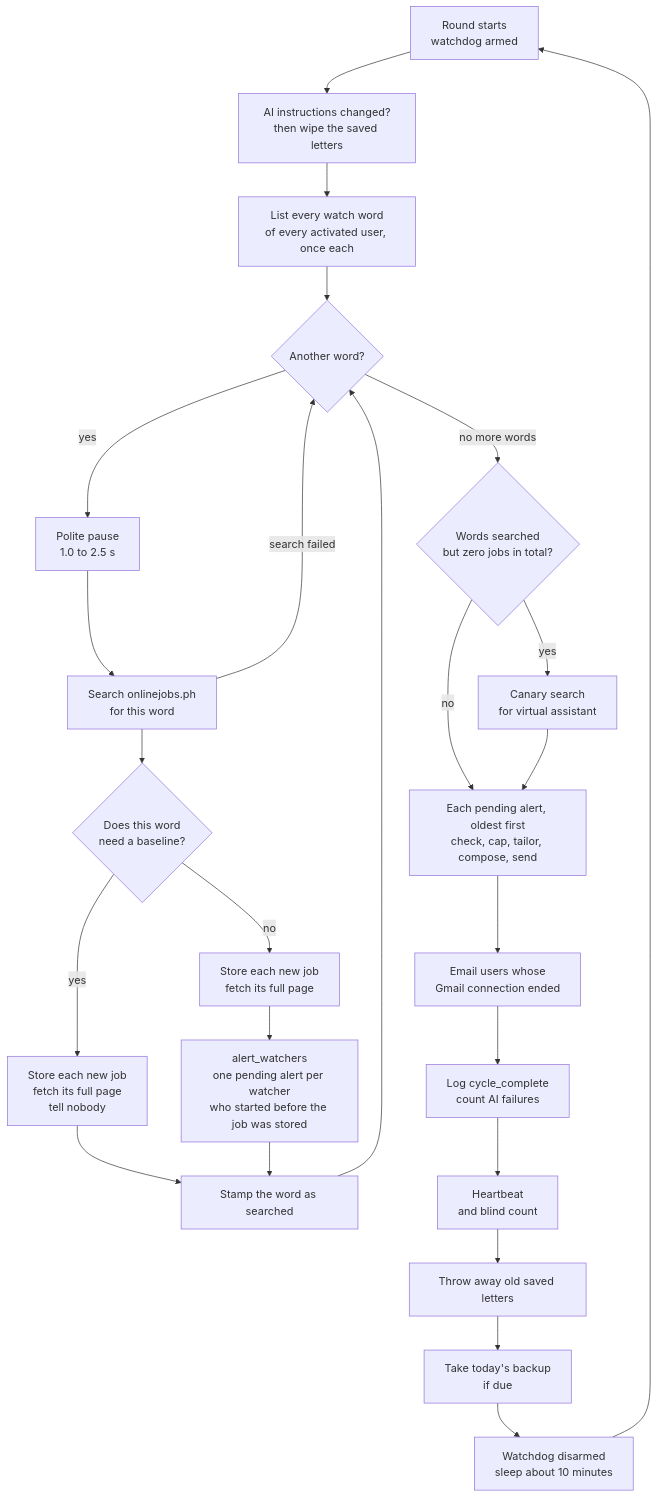
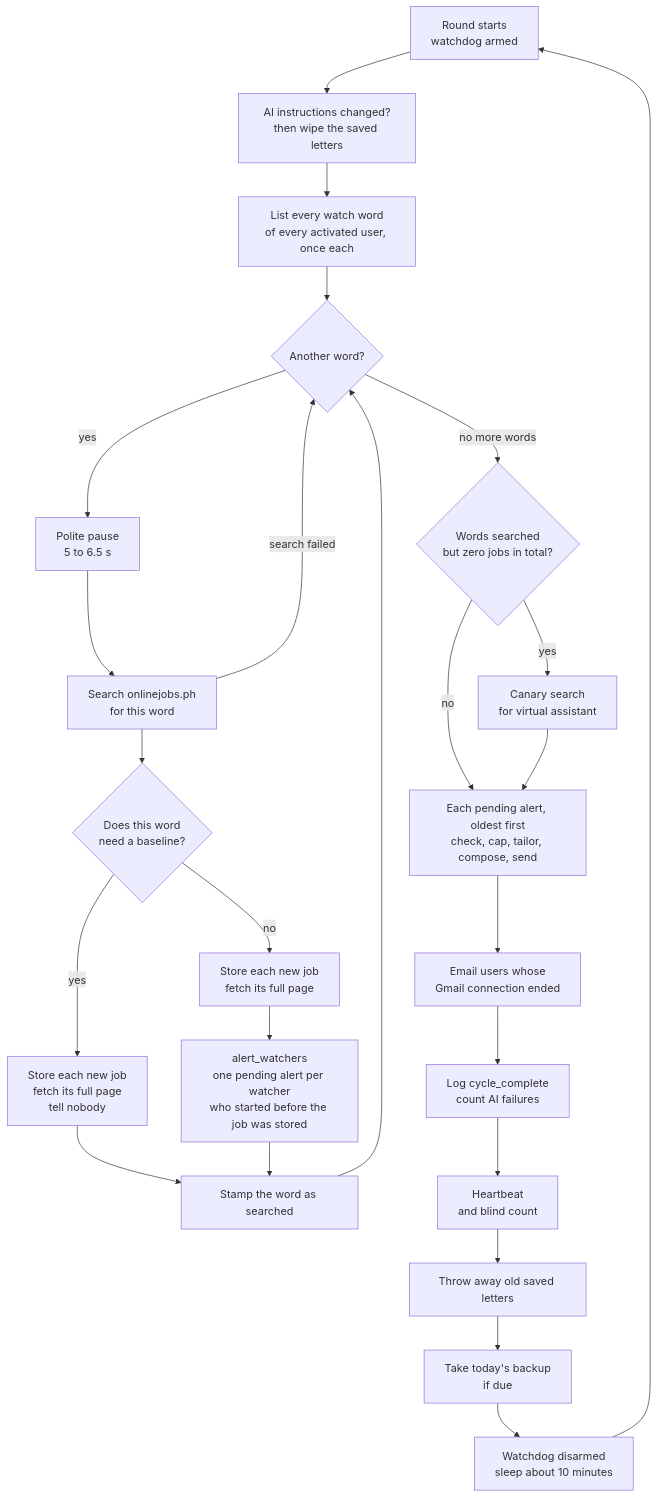
One commit to OmharRegidor/ApplyFirst changed the fifth of 11 diagrams in docs/PROJECT-GUIDE.md. Above: the diagram before and after it, drawn with Mermaid. The commit also changed other lines of this file and 5 other files, not shown here.

````diff
--- a/docs/PROJECT-GUIDE.md
+++ b/docs/PROJECT-GUIDE.md
@@ -556,27 +556,27 @@
 ```mermaid
 flowchart TD
     S["Round starts<br/>watchdog armed"] --> P["AI instructions changed?<br/>then wipe the saved letters"]
     P --> W["List every watch word<br/>of every activated user, once each"]
     W --> N{"Another word?"}
-    N -->|yes| G["Polite pause<br/>1.0 to 2.5 s"]
+    N -->|yes| G["Polite pause<br/>5 to 6.5 s"]
     G --> Q["Search onlinejobs.ph<br/>for this word"]
     Q -->|"search failed"| N
     Q --> B{"Does this word<br/>need a baseline?"}
     B -->|yes| BS["Store each new job<br/>fetch its full page<br/>tell nobody"]
     B -->|no| FS["Store each new job<br/>fetch its full page"]
     FS --> F["alert_watchers<br/>one pending alert per watcher<br/>who started before the job was stored"]
     BS --> M["Stamp the word as searched"]
     F --> M
     M --> N
     N -->|"no more words"| Z{"Words searched<br/>but zero jobs in total?"}
     Z -->|yes| C["Canary search<br/>for virtual assistant"]
     Z -->|no| A
     C --> A["Each pending alert, oldest first<br/>check, cap, tailor, compose, send"]
     A --> R["Email users whose<br/>Gmail connection ended"]
     R --> T["Log cycle_complete<br/>count AI failures"]
     T --> H["Heartbeat<br/>and blind count"]
     H --> U["Throw away old saved letters"]
     U --> K["Take today's backup<br/>if due"]
     K --> D["Watchdog disarmed<br/>sleep about 10 minutes"]
     D --> S
 ```
````
